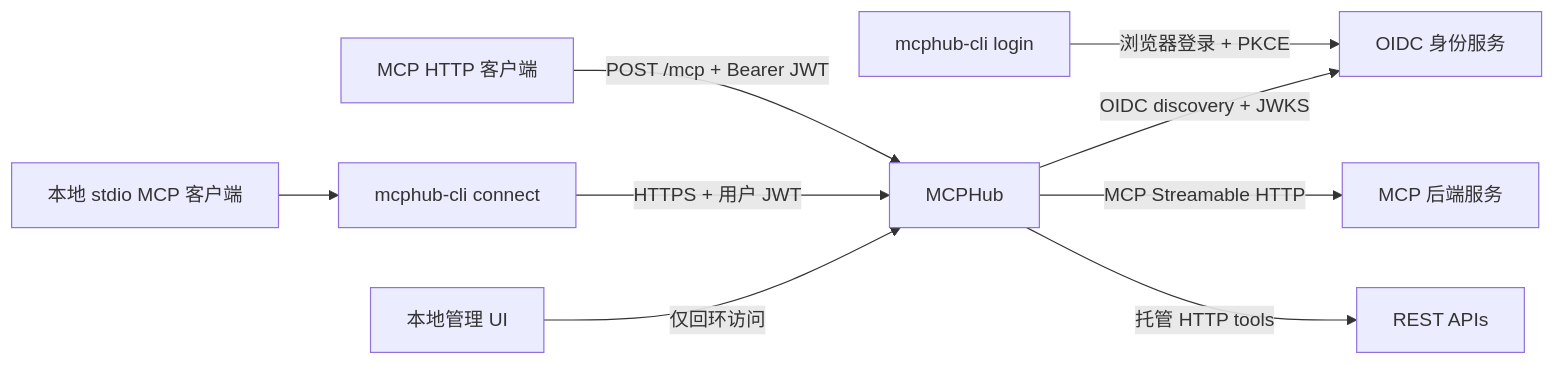
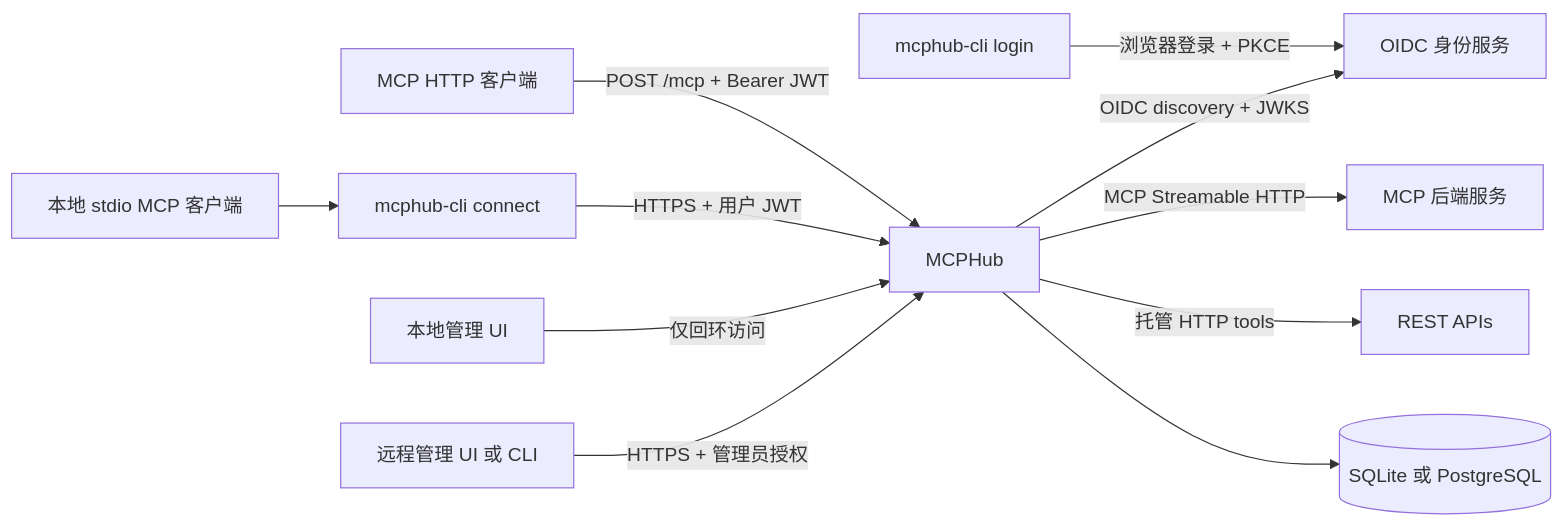
The diagram in README.zh-CN.md (SamuelSupe/mcphub), drawn with Mermaid before and after one commit. The commit also changed other lines of this file and 61 other files, not shown here.

````diff
--- a/README.zh-CN.md
+++ b/README.zh-CN.md
@@ -16,11 +16,13 @@
 ```mermaid
 flowchart LR
     C[MCP HTTP 客户端] -->|POST /mcp + Bearer JWT| H[MCPHub]
     S[本地 stdio MCP 客户端] --> CLI[mcphub-cli connect]
     CLI -->|HTTPS + 用户 JWT| H
     L[mcphub-cli login] -->|浏览器登录 + PKCE| I[OIDC 身份服务]
     H -->|OIDC discovery + JWKS| I
     H -->|MCP Streamable HTTP| B[MCP 后端服务]
     H -->|托管 HTTP tools| A[REST APIs]
     U[本地管理 UI] -->|仅回环访问| H
+    R[远程管理 UI 或 CLI] -->|HTTPS + 管理员授权| H
+    H --> D[(SQLite 或 PostgreSQL)]
 ```
````
